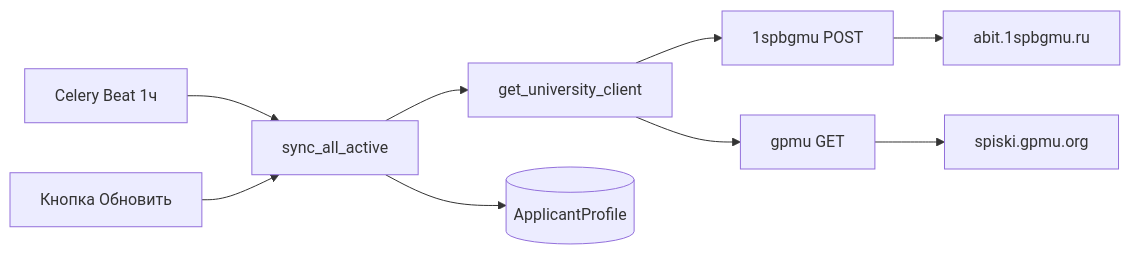
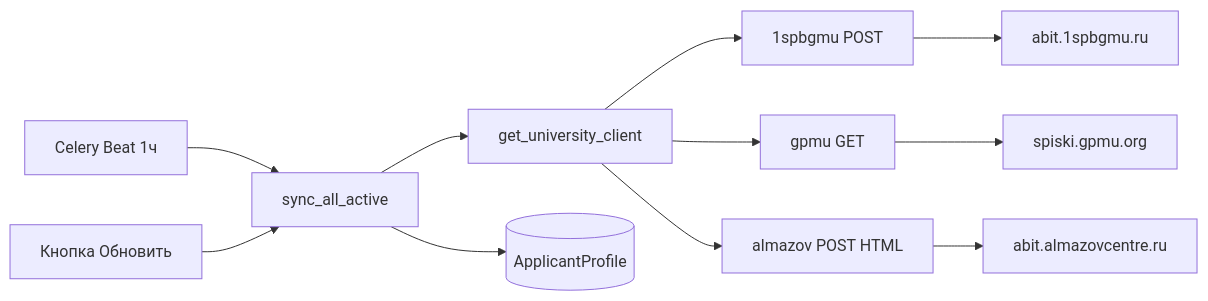
The diagram in docs/data-sources.md (breduin/abitur), drawn with Mermaid before and after one commit. The commit also changed other lines of this file and 10 other files, not shown here.

````diff
--- a/docs/data-sources.md
+++ b/docs/data-sources.md
@@ -7,11 +7,13 @@
 ```mermaid
 flowchart LR
     Beat[Celery Beat 1ч] --> Sync[sync_all_active]
     Manual[Кнопка Обновить] --> Sync
     Sync --> Factory[get_university_client]
     Factory --> Client1[1spbgmu POST]
     Factory --> Client2[gpmu GET]
+    Factory --> Client3[almazov POST HTML]
     Client1 --> API1[abit.1spbgmu.ru]
     Client2 --> API2[spiski.gpmu.org]
+    Client3 --> API3[abit.almazovcentre.ru]
     Sync --> DB[(ApplicantProfile)]
 ```
````
